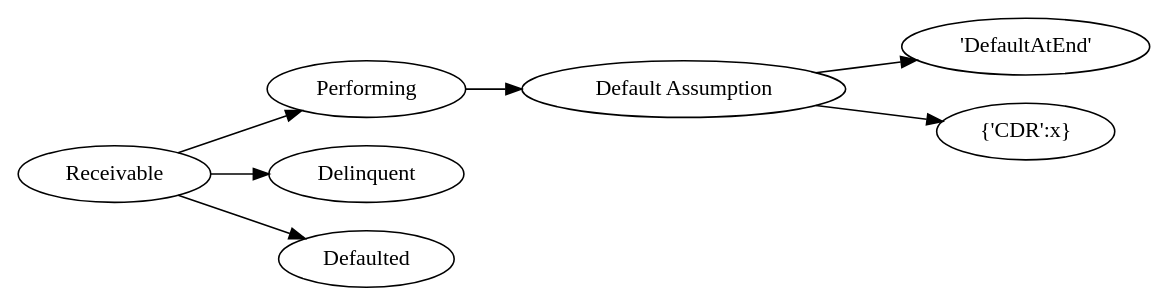
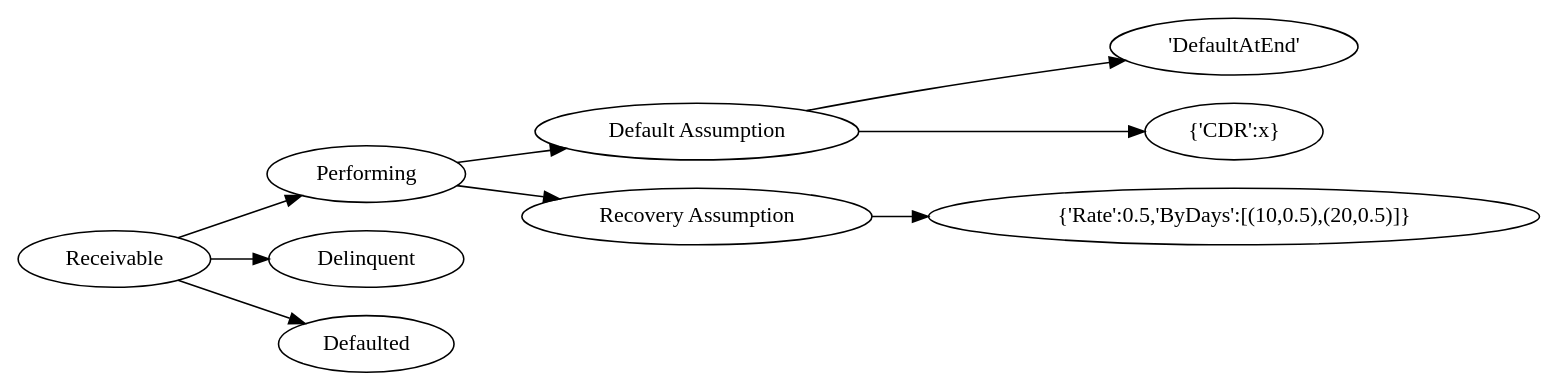
The fifth of 8 diagrams in docs/source/analytics.rst (yellowbean/AbsBox), drawn with Graphviz before and after one commit. The commit also changed other lines of this file and 1 other file, not shown here.

Commit message:
expose recovery on receivable

```diff
--- a/docs/source/analytics.rst
+++ b/docs/source/analytics.rst
@@ -285,15 +300,17 @@
 .. graphviz::
     :name: sphinx.ext.graphviz
     :caption: receivable-assumption
     :alt: receivable-assumption
     :align: center
     
     digraph {
         rankdir = LR
         Receivable -> Performing
         Receivable -> Delinquent
         Receivable -> Defaulted
         Performing -> "Default Assumption"
+        Performing -> "Recovery Assumption"
         "Default Assumption" -> "'DefaultAtEnd'"
         "Default Assumption" -> "{'CDR':x}"
+        "Recovery Assumption" -> "{'Rate':0.5,'ByDays':[(10,0.5),(20,0.5)]}"
     }
```
